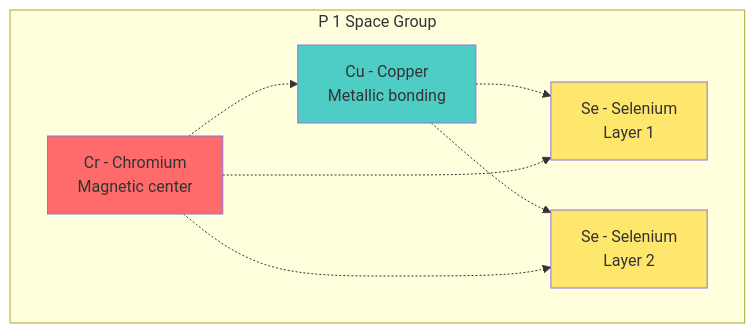
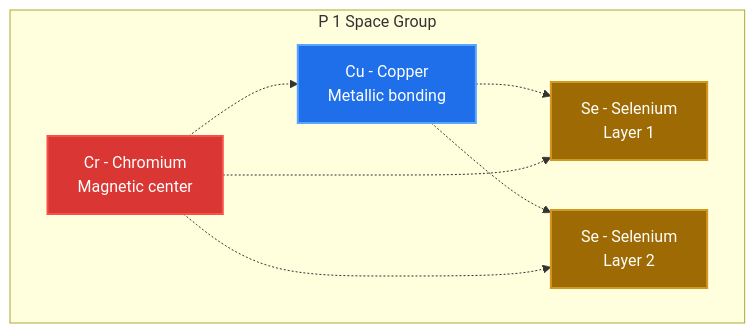
One commit to Koussaisalem/algo changed the second of 5 diagrams in README.md. Above: the diagram before and after it, drawn with Mermaid. The commit also changed other lines of this file, not shown here.

First line of the commit message:
style: optimize Mermaid diagrams for GitHub dark mode

````diff
--- a/README.md
+++ b/README.md
@@ -82,20 +82,20 @@
 ```mermaid
 graph TB
     subgraph "P 1 Space Group"
         Cr[Cr - Chromium<br/>Magnetic center]
         Cu[Cu - Copper<br/>Metallic bonding]
         Se1[Se - Selenium<br/>Layer 1]
         Se2[Se - Selenium<br/>Layer 2]
         
         Cr -.-> Cu
         Cu -.-> Se1
         Cu -.-> Se2
         Cr -.-> Se1
         Cr -.-> Se2
     end
     
-    style Cr fill:#ff6b6b
-    style Cu fill:#4ecdc4
-    style Se1 fill:#ffe66d
-    style Se2 fill:#ffe66d
+    style Cr fill:#da3633,stroke:#f85149,stroke-width:2px,color:#fff
+    style Cu fill:#1f6feb,stroke:#58a6ff,stroke-width:2px,color:#fff
+    style Se1 fill:#9e6a03,stroke:#d29922,stroke-width:2px,color:#fff
+    style Se2 fill:#9e6a03,stroke:#d29922,stroke-width:2px,color:#fff
 ```
````
